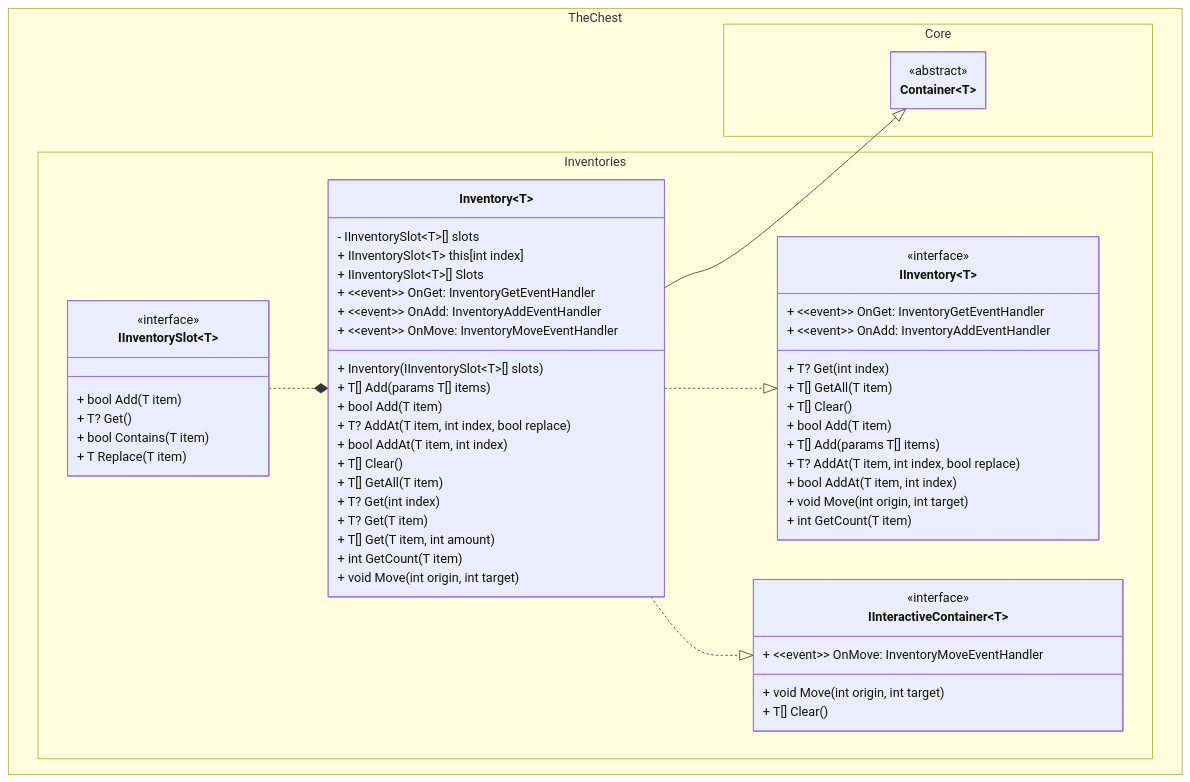
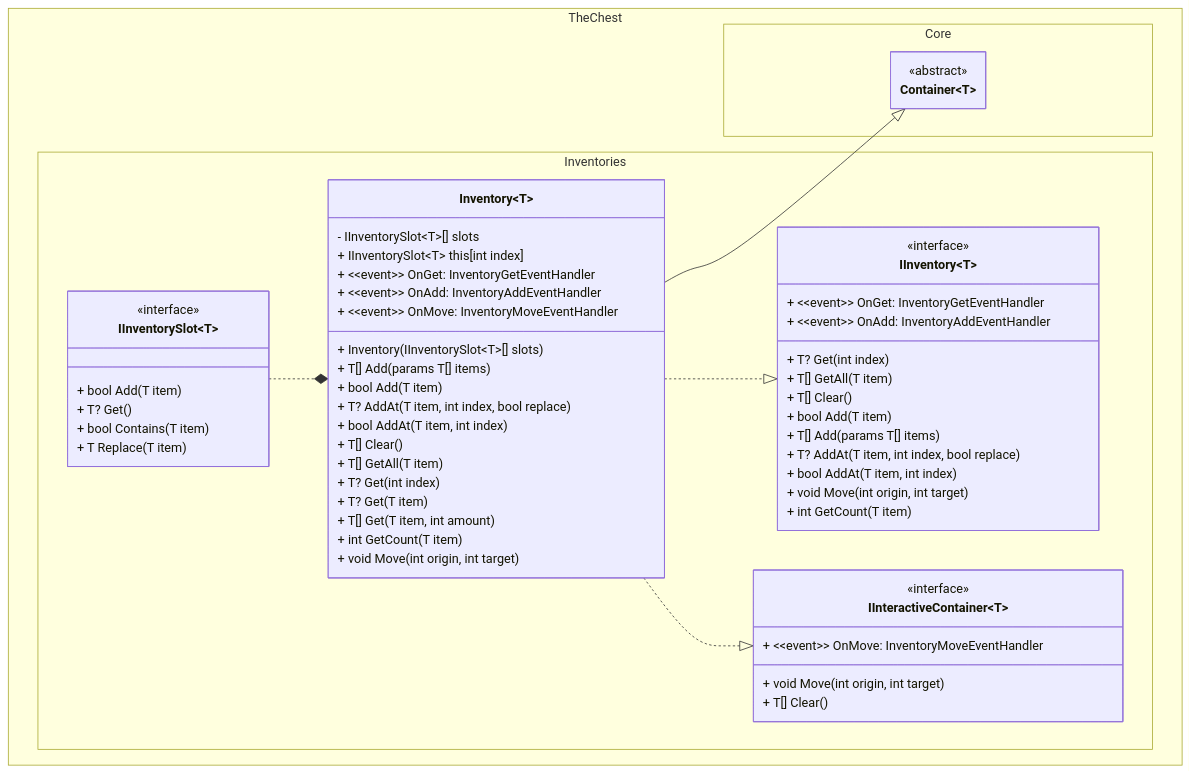
One commit to The-Chest/TheChest.Inventories changed the first of 2 diagrams in docs/inventory/class_diagram.md. Above: the diagram before and after it, drawn with Mermaid. The commit also changed other lines of this file and 4 other files, not shown here.

````diff
--- a/docs/inventory/class_diagram.md
+++ b/docs/inventory/class_diagram.md
@@ -4,71 +4,70 @@
 ```mermaid
 ---
 config:
   theme: mc
   look: classic
   class:
     hideEmptyMembersBox: true
 ---
 classDiagram
 direction TB
 	namespace TheChest.Core {
         class Container~T~ {
         }
 	}
 	namespace TheChest.Inventories {
         class IInventory~T~ {
 	        + ~~event~~ OnGet: InventoryGetEventHandler 
 	        + ~~event~~ OnAdd: InventoryAddEventHandler 
             + T? Get(int index)
 	        + T[] GetAll(T item)
 	        + T[] Clear()
 	        + bool Add(T item)
 	        + T[] Add(params T[] items)
 	        + T? AddAt(T item, int index, bool replace)
 	        + bool AddAt(T item, int index)
 	        + void Move(int origin, int target)
 	        + int GetCount(T item)
         }
         class IInventorySlot~T~ {
 	        + bool Add(T item)
 	        + T? Get()
 	        + bool Contains(T item)
 	        + T Replace(T item)
         }
         class Inventory~T~ {
 	        - IInventorySlot~T~[] slots
 	        + IInventorySlot~T~ this[int index]
-	        + IInventorySlot~T~[] Slots
 	        + ~~event~~ OnGet: InventoryGetEventHandler 
 	        + ~~event~~ OnAdd: InventoryAddEventHandler 
             + ~~event~~ OnMove: InventoryMoveEventHandler 
 	        + Inventory(IInventorySlot~T~[] slots)
             + T[] Add(params T[] items)
 	        + bool Add(T item)
 	        + T? AddAt(T item, int index, bool replace)
 	        + bool AddAt(T item, int index)
 	        + T[] Clear()
 	        + T[] GetAll(T item)
 	        + T? Get(int index)
 	        + T? Get(T item)
 	        + T[] Get(T item, int amount)
 	        + int GetCount(T item)
 	        + void Move(int origin, int target)
         }
         class IInteractiveContainer~T~{
 	        + ~~event~~ OnMove: InventoryMoveEventHandler 
             + void Move(int origin, int target)
             + T[] Clear()
         } 
 	}
 
 	<<abstract>> Container
 	<<interface>> IInventory
 	<<interface>> IInventorySlot
 	<<interface>> IInteractiveContainer
 
     Inventory --|> Container
     Inventory ..|> IInventory
     Inventory ..|> IInteractiveContainer
     IInventorySlot ..* Inventory
 ```
````
